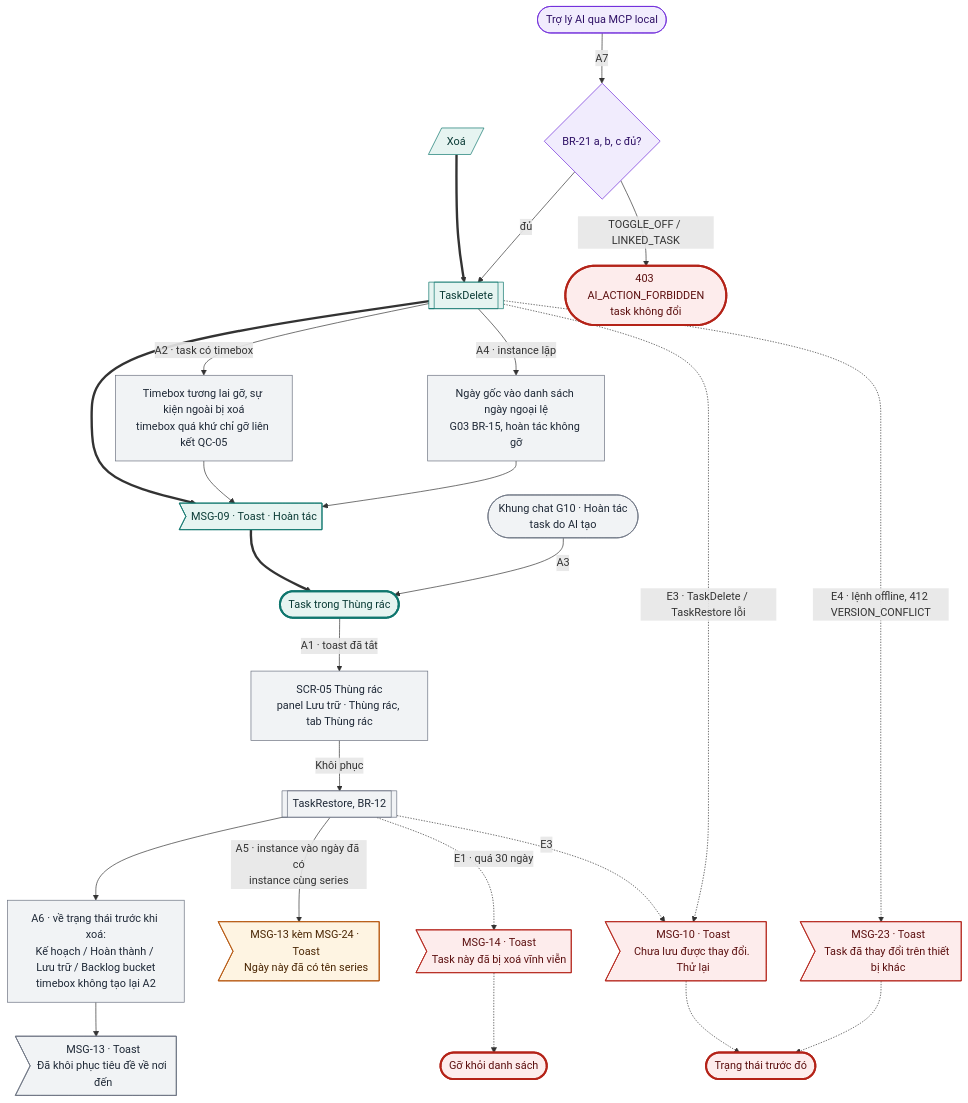
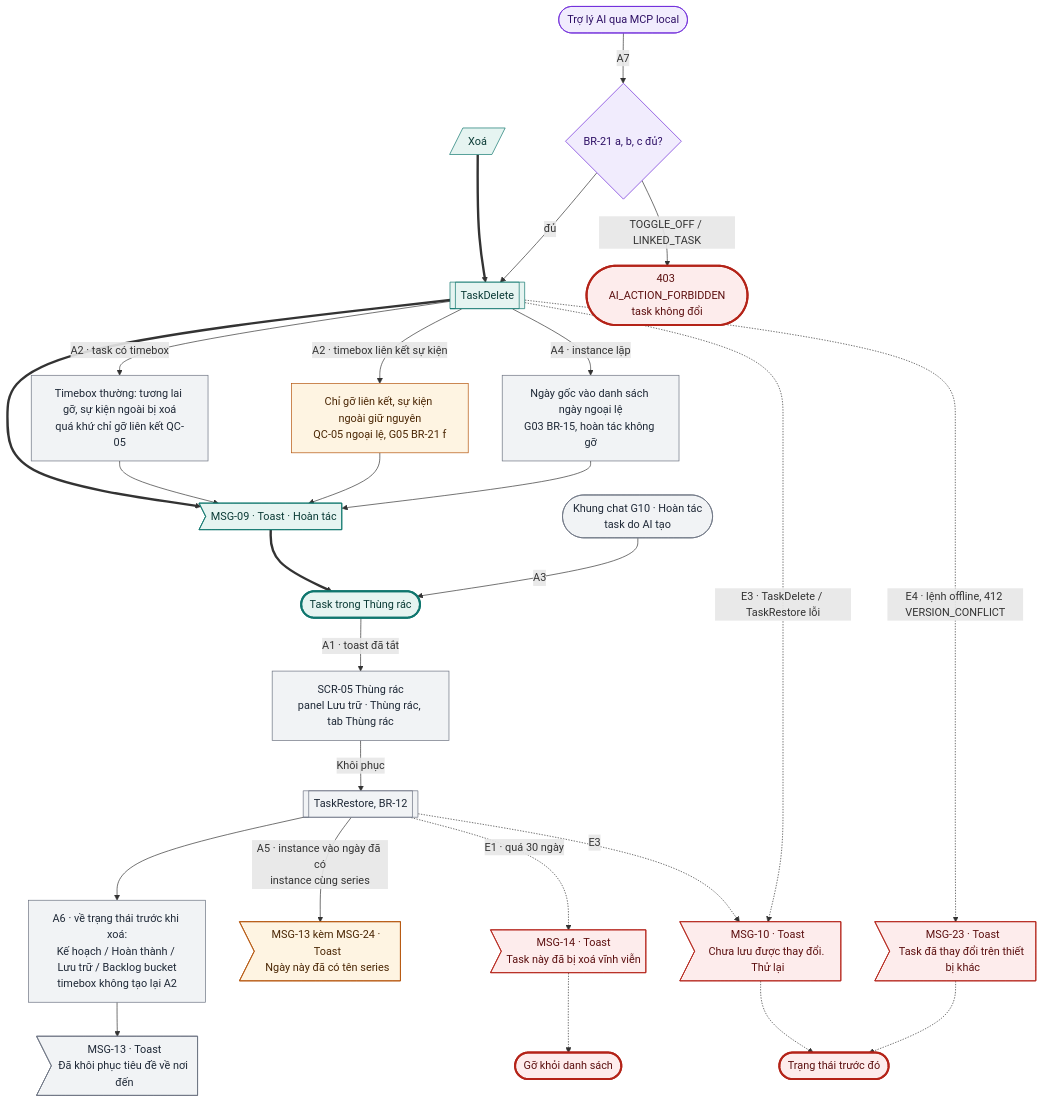
Before and after one commit to tannguyenho/personal-app: the ninth of 14 diagrams in docs/design-brief/flow/g02-quan-ly-task.md, drawn with Mermaid. The commit also changed other lines of this file and 6 other files, not shown here.

First line of the commit message:
docs: timebox liên kết sự kiện chỉ gỡ liên kết ở mọi đường (QC-05, B8)

````diff
--- a/docs/design-brief/flow/g02-quan-ly-task.md
+++ b/docs/design-brief/flow/g02-quan-ly-task.md
@@ -412,48 +412,51 @@
 ```mermaid
 flowchart TD
   u1[/"Xoá"/]
   p1[["TaskDelete"]]
   m1>"MSG-09 · Toast · Hoàn tác"]
   ok(["Task trong Thùng rác"])
   u1 ==> p1 ==> m1 ==> ok
 
-  p1 -->|"A2 · task có timebox"| a2["Timebox tương lai gỡ, sự kiện ngoài bị xoá<br/>timebox quá khứ chỉ gỡ liên kết QC-05"]
+  p1 -->|"A2 · task có timebox"| a2["Timebox thường: tương lai gỡ, sự kiện ngoài bị xoá<br/>quá khứ chỉ gỡ liên kết QC-05"]
   a2 --> m1
+  p1 -->|"A2 · timebox liên kết sự kiện"| a2l["Chỉ gỡ liên kết, sự kiện ngoài giữ nguyên<br/>QC-05 ngoại lệ, G05 BR-21 f"]
+  a2l --> m1
   p1 -->|"A4 · instance lặp"| a4["Ngày gốc vào danh sách ngày ngoại lệ<br/>G03 BR-15, hoàn tác không gỡ"]
   a4 --> m1
   ai0(["Trợ lý AI qua MCP local"]) -->|"A7"| d7{"BR-21 a, b, c đủ?"}
   d7 -->|"đủ"| p1
   d7 -->|"TOGGLE_OFF / LINKED_TASK"| a7f(["403 AI_ACTION_FORBIDDEN<br/>task không đổi"])
   ai1(["Khung chat G10 · Hoàn tác<br/>task do AI tạo"]) -->|"A3"| ok
 
   ok -->|"A1 · toast đã tắt"| a1["SCR-05 Thùng rác<br/>panel Lưu trữ · Thùng rác, tab Thùng rác"]
   a1 -->|"Khôi phục"| a1p[["TaskRestore, BR-12"]]
   a1p --> a6["A6 · về trạng thái trước khi xoá:<br/>Kế hoạch / Hoàn thành / Lưu trữ / Backlog bucket<br/>timebox không tạo lại A2"]
   a6 --> a1m>"MSG-13 · Toast<br/>Đã khôi phục tiêu đề về nơi đến"]
   a1p -->|"A5 · instance vào ngày đã có<br/>instance cùng series"| a5m>"MSG-13 kèm MSG-24 · Toast<br/>Ngày này đã có tên series"]
 
   a1p -.->|"E1 · quá 30 ngày"| e1m>"MSG-14 · Toast<br/>Task này đã bị xoá vĩnh viễn"]
   e1m -.-> e1(["Gỡ khỏi danh sách"])
   p1 -.->|"E3 · TaskDelete / TaskRestore lỗi"| e3m>"MSG-10 · Toast<br/>Chưa lưu được thay đổi. Thử lại"]
   a1p -.->|"E3"| e3m
   p1 -.->|"E4 · lệnh offline, 412 VERSION_CONFLICT"| e4m>"MSG-23 · Toast<br/>Task đã thay đổi trên thiết bị khác"]
   e3m -.-> e3(["Trạng thái trước đó"])
   e4m -.-> e3
 
   class u1,p1,m1 happy
   class a2,a4,a1,a1p,a6,a1m,ai1 alt
+  class a2l warn
   class ai0,d7 ai
   class a5m warn
   class e1m,e3m,e4m err
   class ok done
   class a7f,e1,e3 fail
   classDef happy fill:#E6F4F1,stroke:#0F766E,color:#0B3B36
   classDef alt fill:#F1F3F5,stroke:#6B7280,color:#1F2937
   classDef err fill:#FDECEC,stroke:#B42318,color:#5C1010
   classDef warn fill:#FEF4E2,stroke:#B45309,color:#4A2604
   classDef ai fill:#F1ECFD,stroke:#6D28D9,color:#2E1065
   classDef sync fill:#FFFFFF,stroke:#6B7280,stroke-dasharray:4 3,color:#1F2937
   classDef link fill:#FFFFFF,stroke:#0F766E,stroke-dasharray:4 3,color:#0B3B36
   classDef done fill:#E6F4F1,stroke:#0F766E,stroke-width:3px,color:#0B3B36
   classDef fail fill:#FDECEC,stroke:#B42318,stroke-width:3px,color:#5C1010
 ```
````
